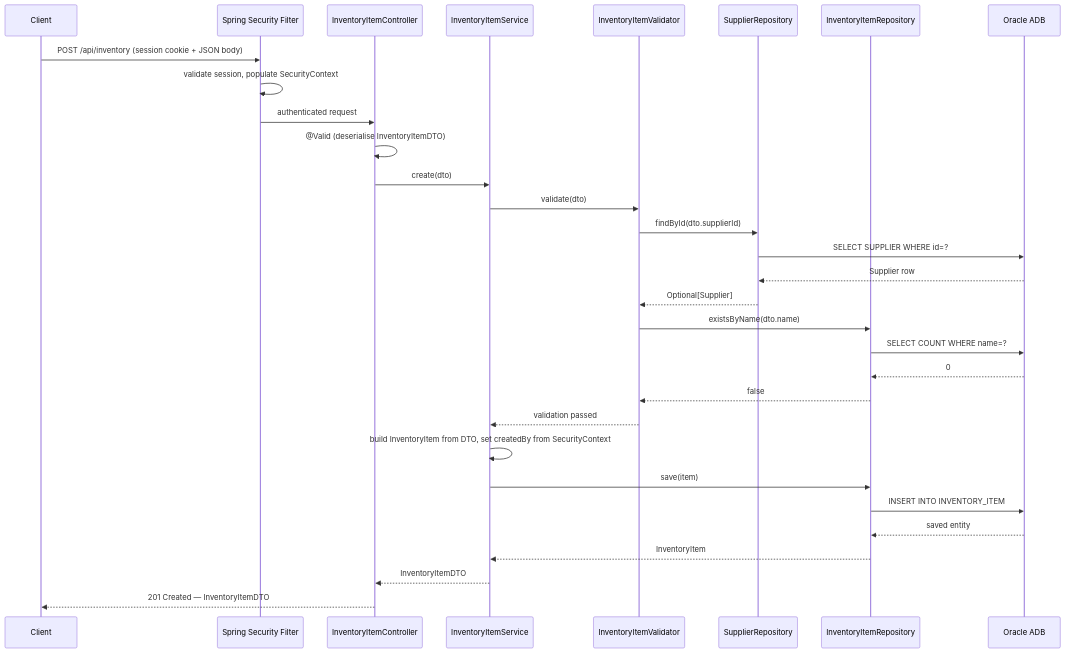
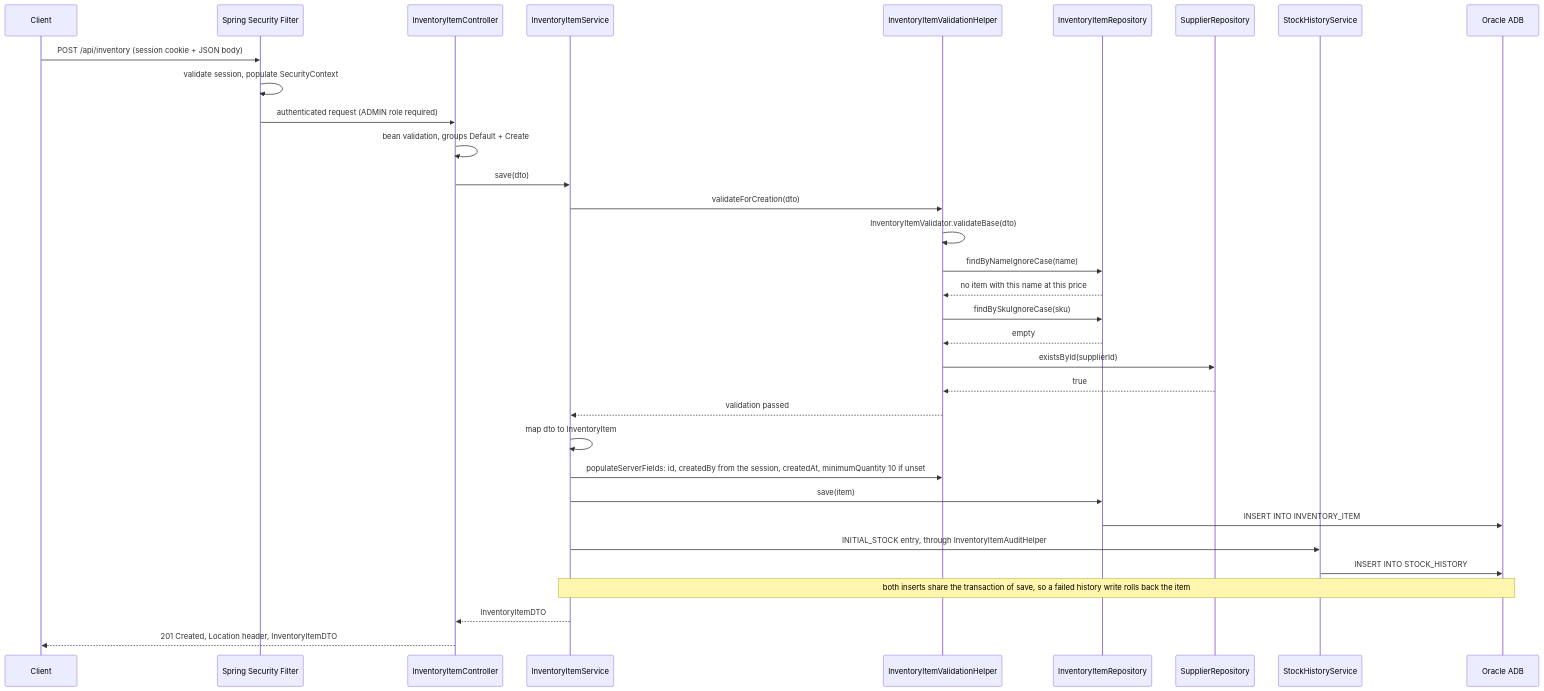
One commit to Keglev/inventory-service changed the first of 5 diagrams in docs/backend/architecture/06-runtime.md. Above: the diagram before and after it, drawn with Mermaid. The commit also changed other lines of this file, not shown here.

First line of the commit message:
docs(backend): redraw the create-item sequences from the current code (#171)

````diff
--- a/docs/backend/architecture/06-runtime.md
+++ b/docs/backend/architecture/06-runtime.md
@@ -33,39 +33,39 @@
 ```mermaid
 %%{init: {"sequence": {"useMaxWidth": false}}}%%
 sequenceDiagram
     participant Client
     participant SF as Spring Security Filter
     participant IC as InventoryItemController
     participant IS as InventoryItemService
-    participant IV as InventoryItemValidator
+    participant VH as InventoryItemValidationHelper
+    participant IR as InventoryItemRepository
     participant SR as SupplierRepository
-    participant IR as InventoryItemRepository
+    participant SH as StockHistoryService
     participant DB as Oracle ADB
 
     Client->>SF: POST /api/inventory (session cookie + JSON body)
     SF->>SF: validate session, populate SecurityContext
-    SF->>IC: authenticated request
+    SF->>IC: authenticated request (ADMIN role required)
 
-    IC->>IC: @Valid (deserialise InventoryItemDTO)
-    IC->>IS: create(dto)
-    IS->>IV: validate(dto)
+    IC->>IC: bean validation, groups Default + Create
+    IC->>IS: save(dto)
+    IS->>VH: validateForCreation(dto)
+    VH->>VH: InventoryItemValidator.validateBase(dto)
+    VH->>IR: findByNameIgnoreCase(name)
+    IR-->>VH: no item with this name at this price
+    VH->>IR: findBySkuIgnoreCase(sku)
+    IR-->>VH: empty
+    VH->>SR: existsById(supplierId)
+    SR-->>VH: true
+    VH-->>IS: validation passed
 
-    IV->>SR: findById(dto.supplierId)
-    SR->>DB: SELECT SUPPLIER WHERE id=?
-    DB-->>SR: Supplier row
-    SR-->>IV: Optional[Supplier]
-
-    IV->>IR: existsByName(dto.name)
-    IR->>DB: SELECT COUNT WHERE name=?
-    DB-->>IR: 0
-    IR-->>IV: false
-    IV-->>IS: validation passed
-
-    IS->>IS: build InventoryItem from DTO, set createdBy from SecurityContext
+    IS->>IS: map dto to InventoryItem
+    IS->>VH: populateServerFields: id, createdBy from the session, createdAt, minimumQuantity 10 if unset
     IS->>IR: save(item)
     IR->>DB: INSERT INTO INVENTORY_ITEM
-    DB-->>IR: saved entity
-    IR-->>IS: InventoryItem
+    IS->>SH: INITIAL_STOCK entry, through InventoryItemAuditHelper
+    SH->>DB: INSERT INTO STOCK_HISTORY
+    Note over IS,DB: both inserts share the transaction of save, so a failed history write rolls back the item
     IS-->>IC: InventoryItemDTO
-    IC-->>Client: 201 Created — InventoryItemDTO
+    IC-->>Client: 201 Created, Location header, InventoryItemDTO
 ```
````
